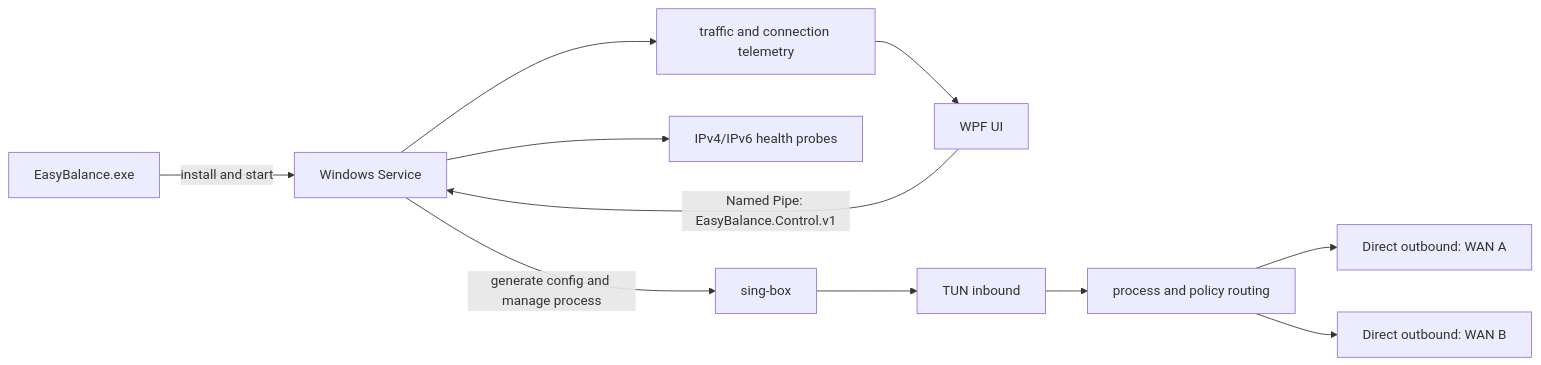
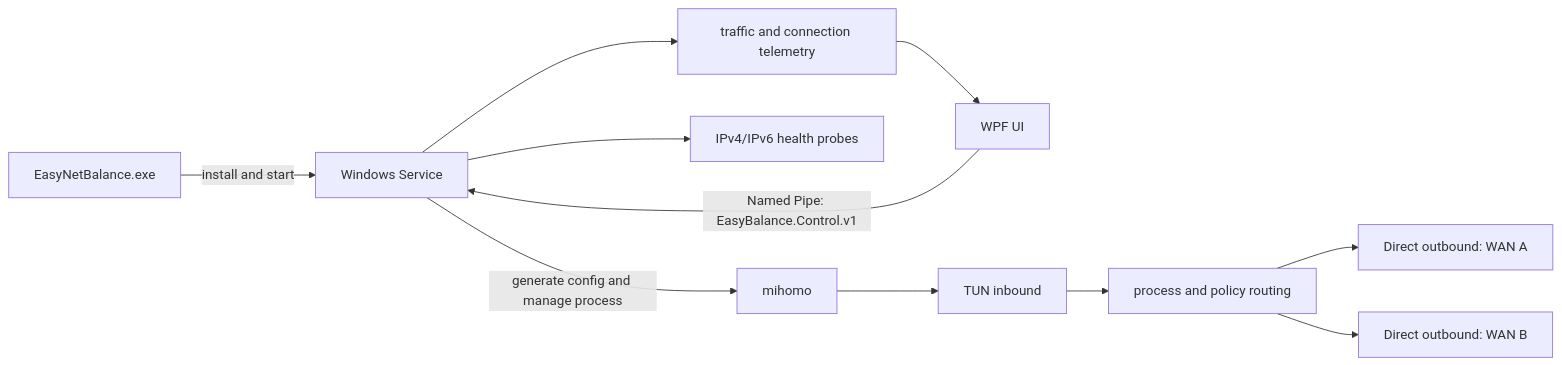
Before and after one commit to jung233/EasyNetBalance: the diagram in README.md, drawn with Mermaid. The commit also changed other lines of this file and 41 other files, not shown here.

Commit message:
Rewrite EasyNetBalance with Rust Tauri and Mihomo weighted bytes

````diff
--- a/README.md
+++ b/README.md
@@ -54,13 +54,13 @@
 ```mermaid
 flowchart LR
-    A[EasyBalance.exe] -->|install and start| B[Windows Service]
+    A[EasyNetBalance.exe] -->|install and start| B[Windows Service]
     C[WPF UI] -->|Named Pipe: EasyBalance.Control.v1| B
-    B -->|generate config and manage process| D[sing-box]
+    B -->|generate config and manage process| D[mihomo]
     D --> E[TUN inbound]
     E --> F[process and policy routing]
     F --> G[Direct outbound: WAN A]
     F --> H[Direct outbound: WAN B]
     B --> I[IPv4/IPv6 health probes]
     B --> J[traffic and connection telemetry]
     J --> C
 ```
````
